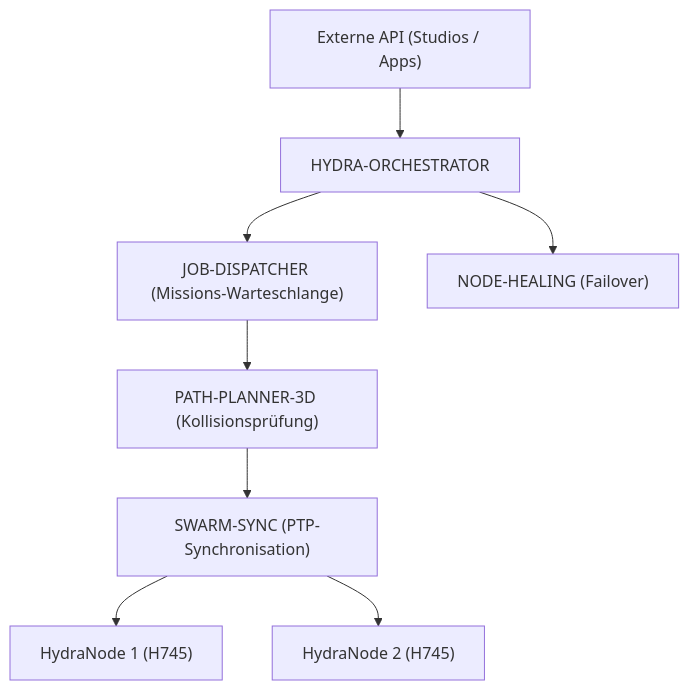
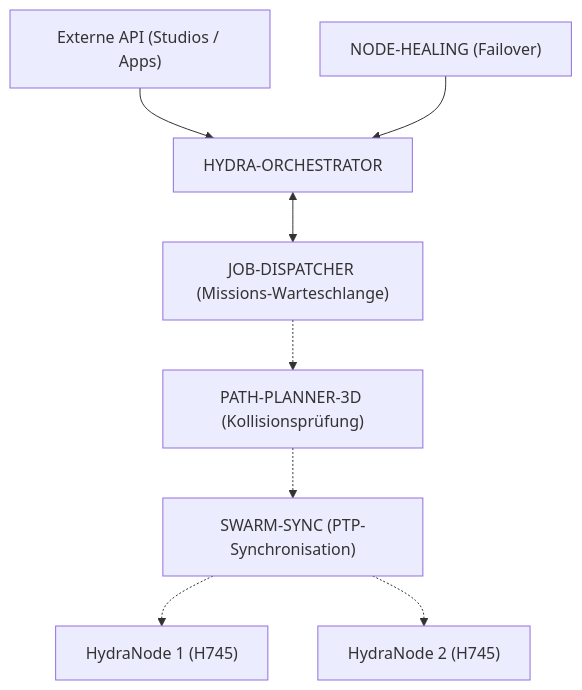
Before and after one commit to JuanenRac/HYDRA-UMC-ORCHESTRATOR: the diagram in README_deu.md, drawn with Mermaid. The commit also changed other lines of this file and 17 other files, not shown here.

Commit message:
Close and requeue jobs the way the real JOB-DISPATCHER accepts them, record the close before attempting it, fence late reports after a requeue, serve requests with a worker pool and timeouts, forward routing hints

````diff
--- a/README_deu.md
+++ b/README_deu.md
@@ -42,10 +42,10 @@
 ```mermaid
 flowchart TB
     API["Externe API (Studios / Apps)"] --> ORCH["HYDRA-ORCHESTRATOR"]
-    ORCH --> JOB["JOB-DISPATCHER (Missions-Warteschlange)"]
-    JOB --> PATH["PATH-PLANNER-3D (Kollisionsprüfung)"]
-    PATH --> SYNC["SWARM-SYNC (PTP-Synchronisation)"]
-    SYNC --> NODE1["HydraNode 1 (H745)"]
-    SYNC --> NODE2["HydraNode 2 (H745)"]
-    ORCH --> HEAL["NODE-HEALING (Failover)"]
+    ORCH <--> JOB["JOB-DISPATCHER (Missions-Warteschlange)"]
+    JOB -.-> PATH["PATH-PLANNER-3D (Kollisionsprüfung)"]
+    PATH -.-> SYNC["SWARM-SYNC (PTP-Synchronisation)"]
+    SYNC -.-> NODE1["HydraNode 1 (H745)"]
+    SYNC -.-> NODE2["HydraNode 2 (H745)"]
+    HEAL["NODE-HEALING (Failover)"] --> ORCH
 ```
````
